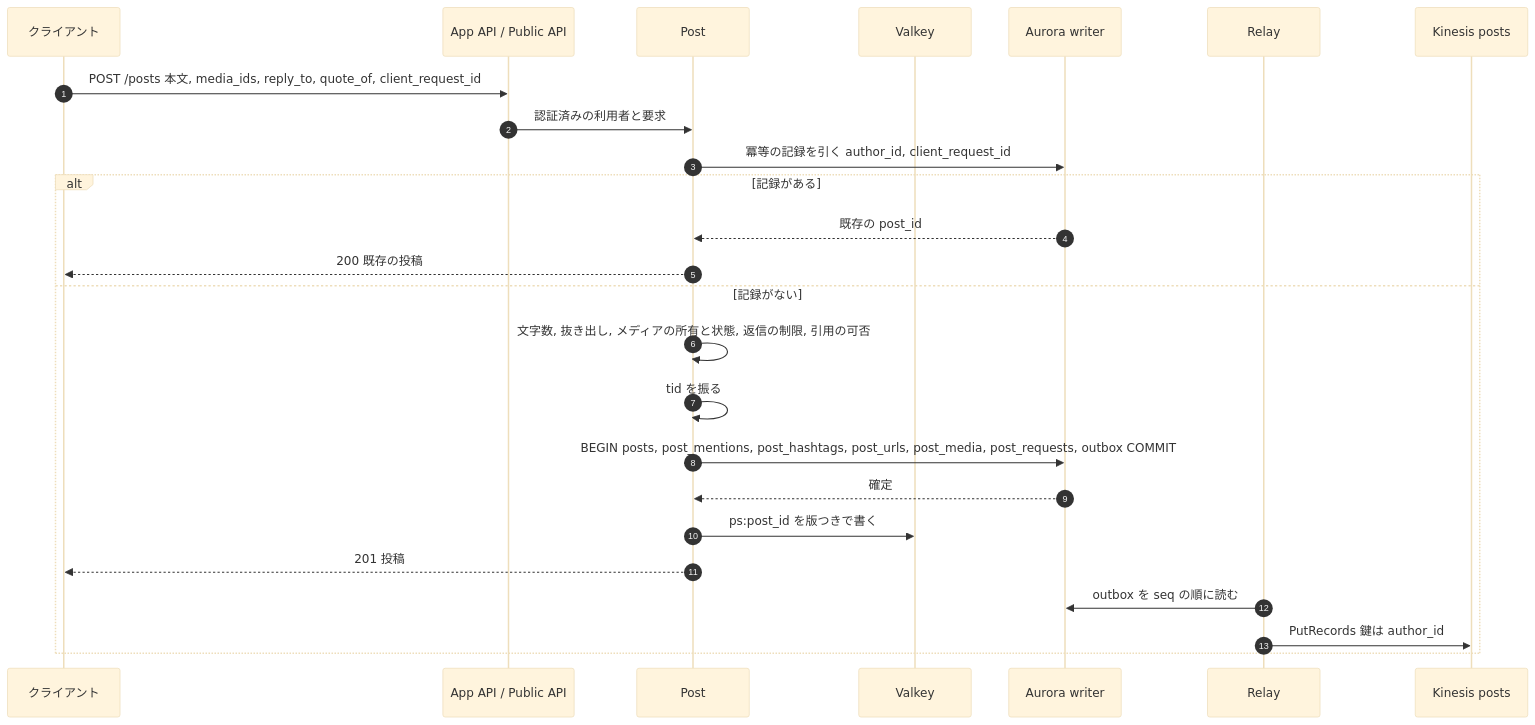
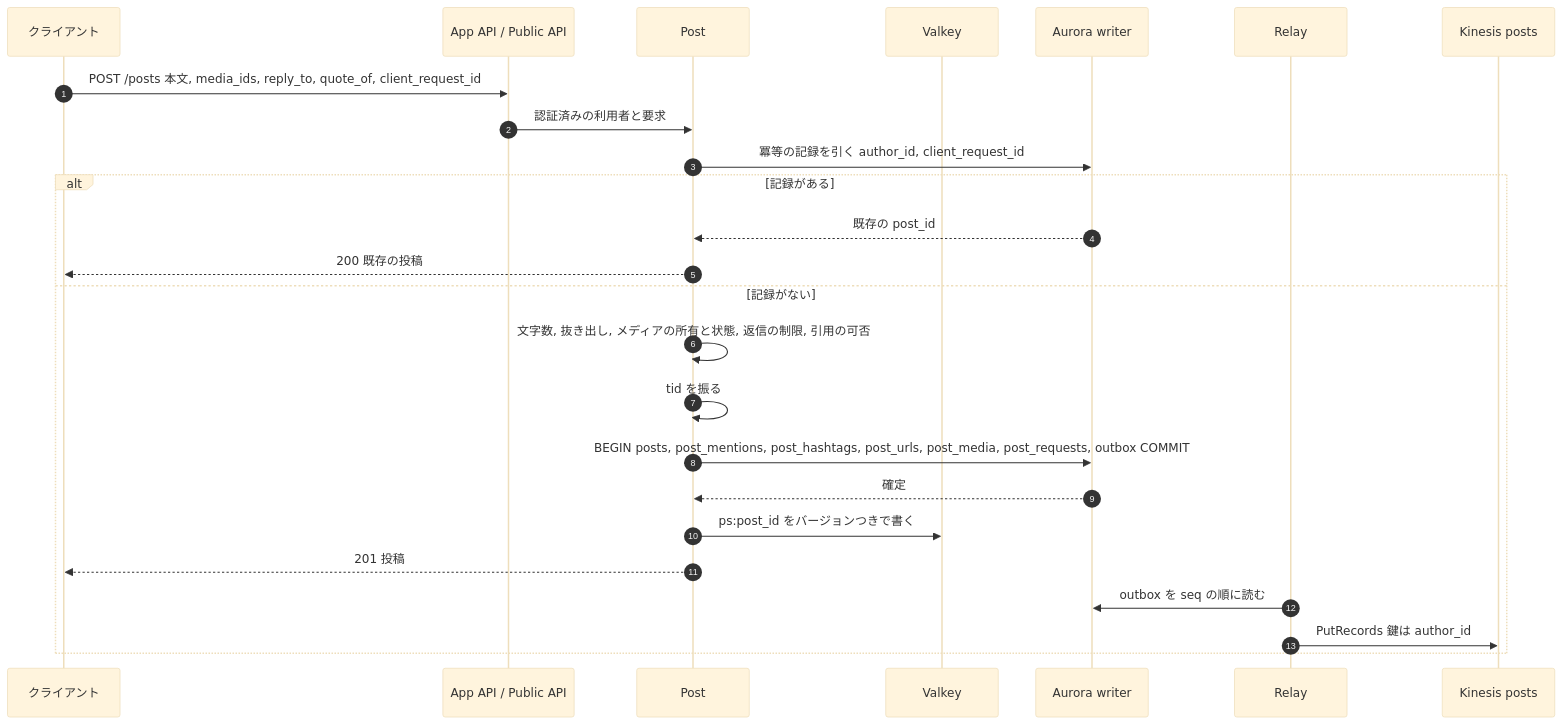
One commit to shoito/rebuilds changed the first of 5 diagrams in systems/x/docs/architecture/posts-and-ids.md. Above: the diagram before and after it, drawn with Mermaid (base theme). The commit also changed other lines of this file and 793 other files, not shown here.

````diff
--- a/systems/x/docs/architecture/posts-and-ids.md
+++ b/systems/x/docs/architecture/posts-and-ids.md
@@ -152,27 +152,27 @@
 ```mermaid
 sequenceDiagram
     autonumber
     participant C as クライアント
     participant API as App API / Public API
     participant P as Post
     participant V as Valkey
     participant DB as Aurora writer
     participant R as Relay
     participant K as Kinesis posts
     C->>API: POST /posts 本文, media_ids, reply_to, quote_of, client_request_id
     API->>P: 認証済みの利用者と要求
     P->>DB: 冪等の記録を引く author_id, client_request_id
     alt 記録がある
         DB-->>P: 既存の post_id
         P-->>C: 200 既存の投稿
     else 記録がない
         P->>P: 文字数, 抜き出し, メディアの所有と状態, 返信の制限, 引用の可否
         P->>P: tid を振る
         P->>DB: BEGIN posts, post_mentions, post_hashtags, post_urls, post_media, post_requests, outbox COMMIT
         DB-->>P: 確定
-        P->>V: ps:post_id を版つきで書く
+        P->>V: ps:post_id をバージョンつきで書く
         P-->>C: 201 投稿
         R->>DB: outbox を seq の順に読む
         R->>K: PutRecords 鍵は author_id
     end
 ```
````
